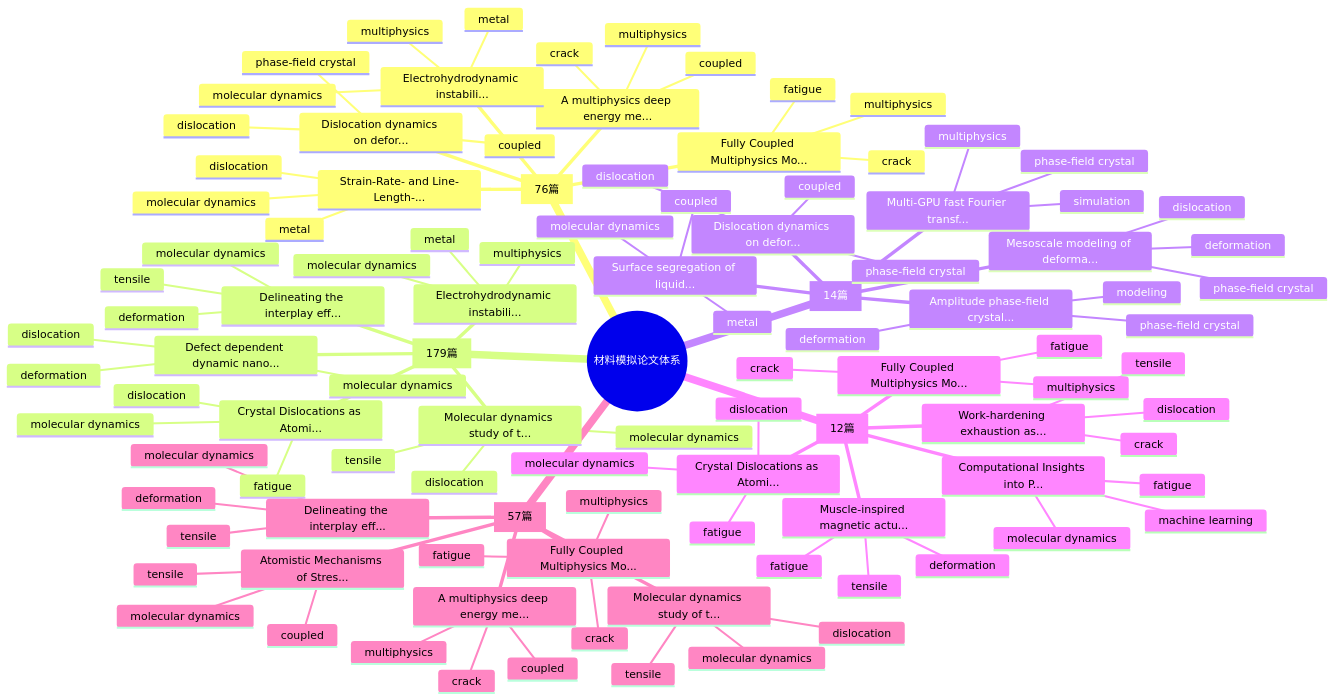
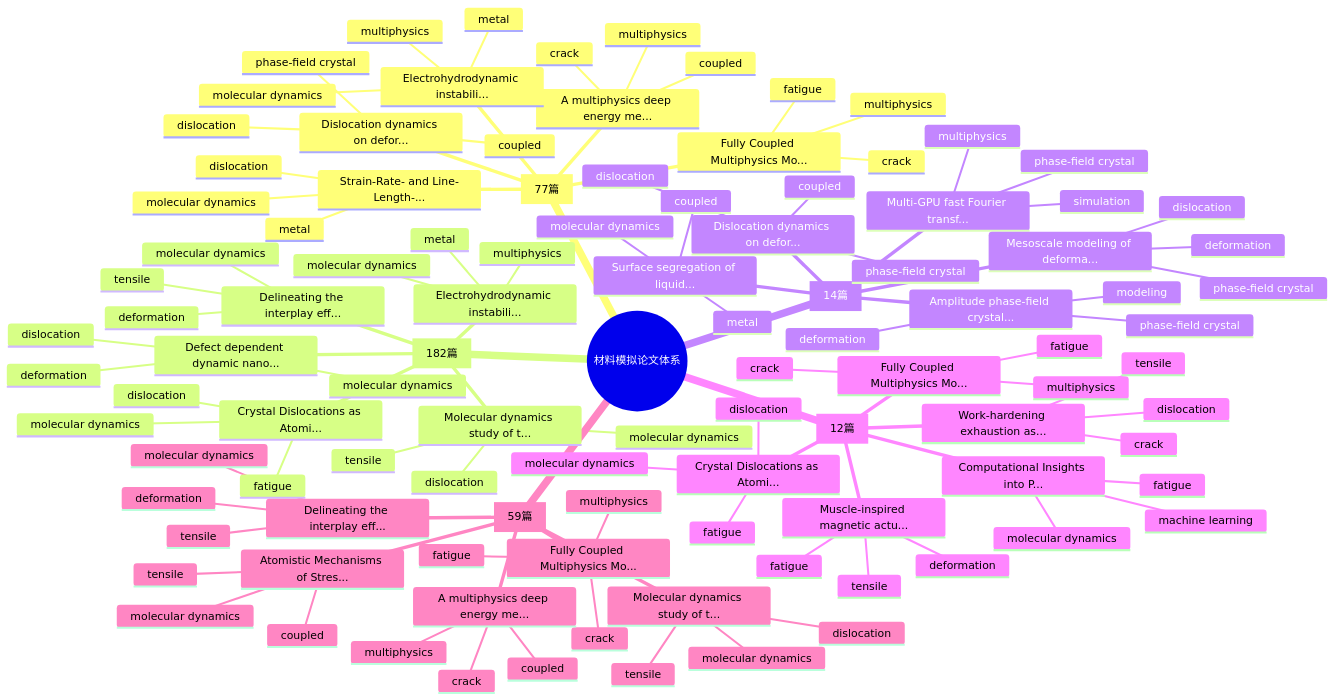
The first of 2 diagrams in reports/knowledge_graph.md (Shirakawa11111/BJK_readpaper), drawn with Mermaid before and after one commit. The commit also changed other lines of this file and 11 other files, not shown here.

````diff
--- a/reports/knowledge_graph.md
+++ b/reports/knowledge_graph.md
@@ -7,7 +7,7 @@
 ```mermaid
 mindmap
   root((材料模拟论文体系))
-    Multiphysics Coupling [76篇]
+    Multiphysics Coupling [77篇]
       Fully Coupled Multiphysics Mo...
         fatigue
         multiphysics
@@ -28,7 +28,7 @@
         molecular dynamics
         dislocation
         metal
-    Molecular Dynamics [179篇]
+    Molecular Dynamics [182篇]
       Crystal Dislocations as Atomi...
         molecular dynamics
         fatigue
@@ -91,7 +91,7 @@
         fatigue
         tensile
         deformation
-    Tensile / Deformation Simulation [57篇]
+    Tensile / Deformation Simulation [59篇]
       Fully Coupled Multiphysics Mo...
         fatigue
         multiphysics
````
